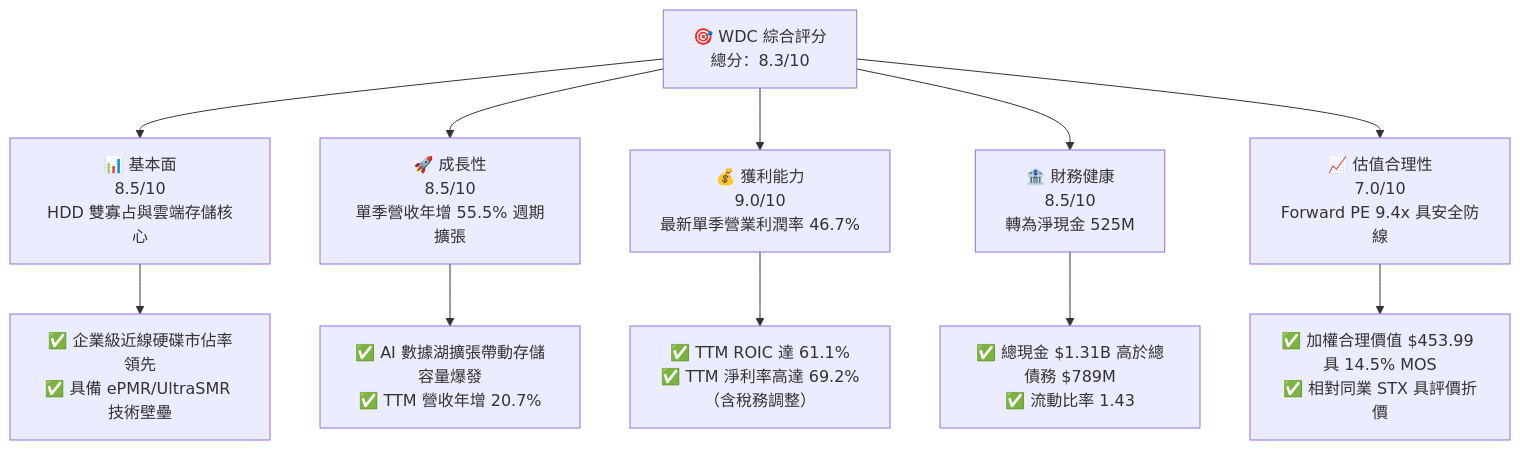
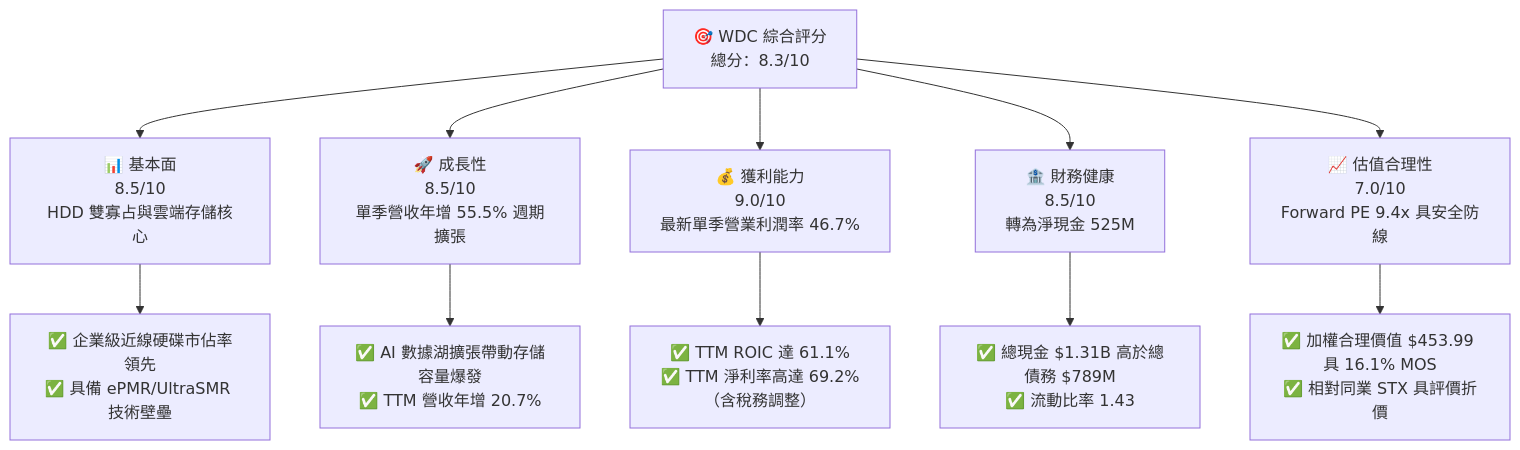
The first of 15 diagrams in ai_gen_report/fundamental/wdc/fundamental_analysis_2026-10-28_gemini.md (yennanliu/finance_data), drawn with Mermaid before and after one commit. The commit also changed other lines of this file and 43 other files, not shown here.

````diff
--- a/ai_gen_report/fundamental/wdc/fundamental_analysis_2026-10-28_gemini.md
+++ b/ai_gen_report/fundamental/wdc/fundamental_analysis_2026-10-28_gemini.md
@@ -75,22 +75,22 @@
 ```mermaid
 graph TD
     WDC["🎯 WDC 綜合評分<br/>總分：8.3/10"]
 
     F["📊 基本面<br/>8.5/10<br/>HDD 雙寡占與雲端存儲核心"]
     G["🚀 成長性<br/>8.5/10<br/>單季營收年增 55.5% 週期擴張"]
     P["💰 獲利能力<br/>9.0/10<br/>最新單季營業利潤率 46.7%"]
     B["🏦 財務健康<br/>8.5/10<br/>轉為淨現金 525M"]
     V["📈 估值合理性<br/>7.0/10<br/>Forward PE 9.4x 具安全防線"]
 
     WDC --> F
     WDC --> G
     WDC --> P
     WDC --> B
     WDC --> V
 
     F --> F1["✅ 企業級近線硬碟市佔率領先<br/>✅ 具備 ePMR/UltraSMR 技術壁壘"]
     G --> G1["✅ AI 數據湖擴張帶動存儲容量爆發<br/>✅ TTM 營收年增 20.7%"]
     P --> P1["✅ TTM ROIC 達 61.1%<br/>✅ TTM 淨利率高達 69.2%（含稅務調整）"]
     B --> B1["✅ 總現金 $1.31B 高於總債務 $789M<br/>✅ 流動比率 1.43"]
-    V --> V1["✅ 加權合理價值 $453.99 具 14.5% MOS<br/>✅ 相對同業 STX 具評價折價"]
+    V --> V1["✅ 加權合理價值 $453.99 具 16.1% MOS<br/>✅ 相對同業 STX 具評價折價"]
 ```
````
